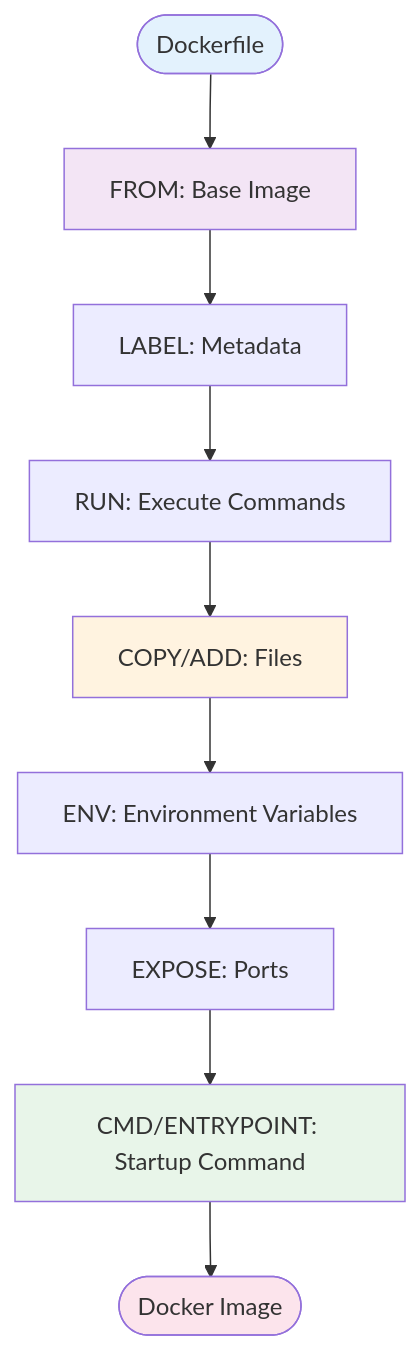
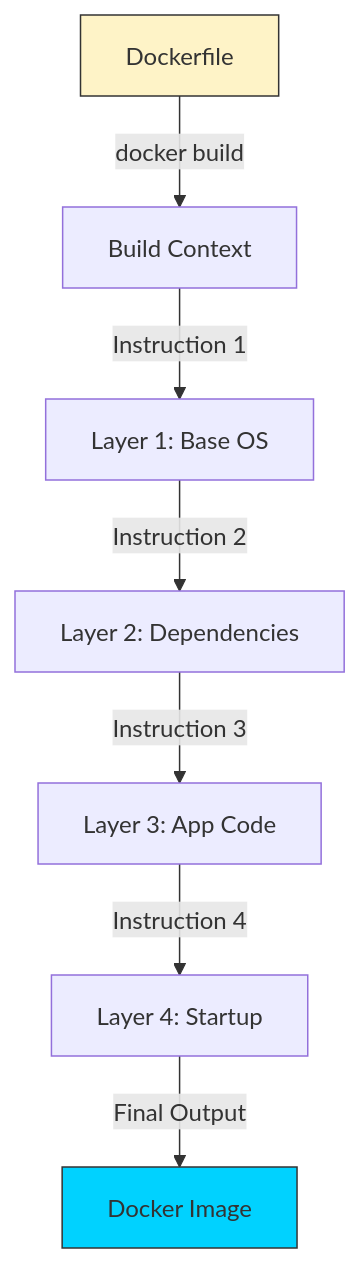
Before and after one commit to Ganil151/Devops: the diagram in 1-Beginner/03-Phase-3/01-Container-Orchestration/Docker/01-Beginner/03-Dockerfile-Basics/README.md, drawn with Mermaid. The commit also changed other lines of this file and 77 other files, not shown here.

````diff
--- a/1-Beginner/03-Phase-3/01-Container-Orchestration/Docker/01-Beginner/03-Dockerfile-Basics/README.md
+++ b/1-Beginner/03-Phase-3/01-Container-Orchestration/Docker/01-Beginner/03-Dockerfile-Basics/README.md
@@ -22,17 +5,12 @@
 ```mermaid
-flowchart TB
-    Start([Dockerfile]) --> FROM[FROM: Base Image]
-    FROM --> LABEL[LABEL: Metadata]
-    LABEL --> RUN[RUN: Execute Commands]
-    RUN --> COPY[COPY/ADD: Files]
-    COPY --> ENV[ENV: Environment Variables]
-    ENV --> EXPOSE[EXPOSE: Ports]
-    EXPOSE --> CMD[CMD/ENTRYPOINT: Startup Command]
-    CMD --> End([Docker Image])
+flowchart TD
+    D[Dockerfile] -->|docker build| B[Build Context]
+    B -->|Instruction 1| L1[Layer 1: Base OS]
+    L1 -->|Instruction 2| L2[Layer 2: Dependencies]
+    L2 -->|Instruction 3| L3[Layer 3: App Code]
+    L3 -->|Instruction 4| L4[Layer 4: Startup]
+    L4 -->|Final Output| I[Docker Image]
     
-    style Start fill:#e3f2fd
-    style FROM fill:#f3e5f5
-    style COPY fill:#fff3e0
-    style CMD fill:#e8f5e9
-    style End fill:#fce4ec
+    style D fill:#fef3c7,stroke:#333
+    style I fill:#00d2ff,stroke:#333
 ```
````
